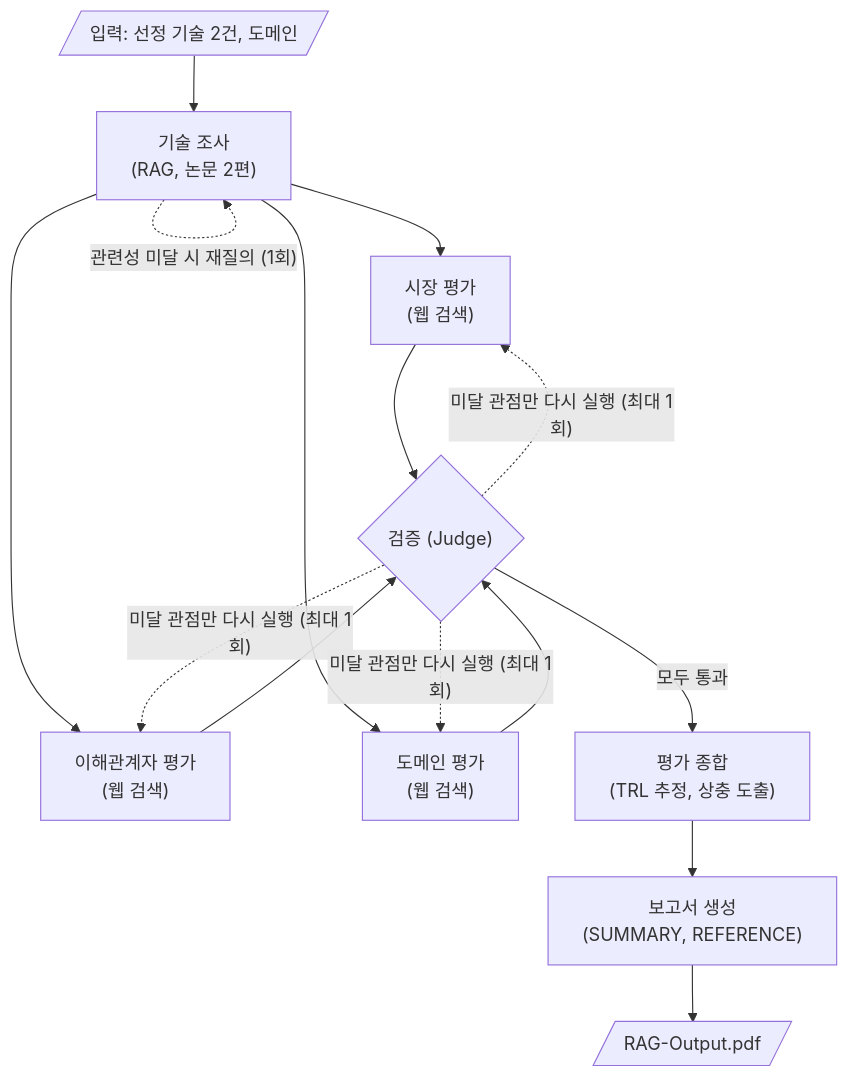
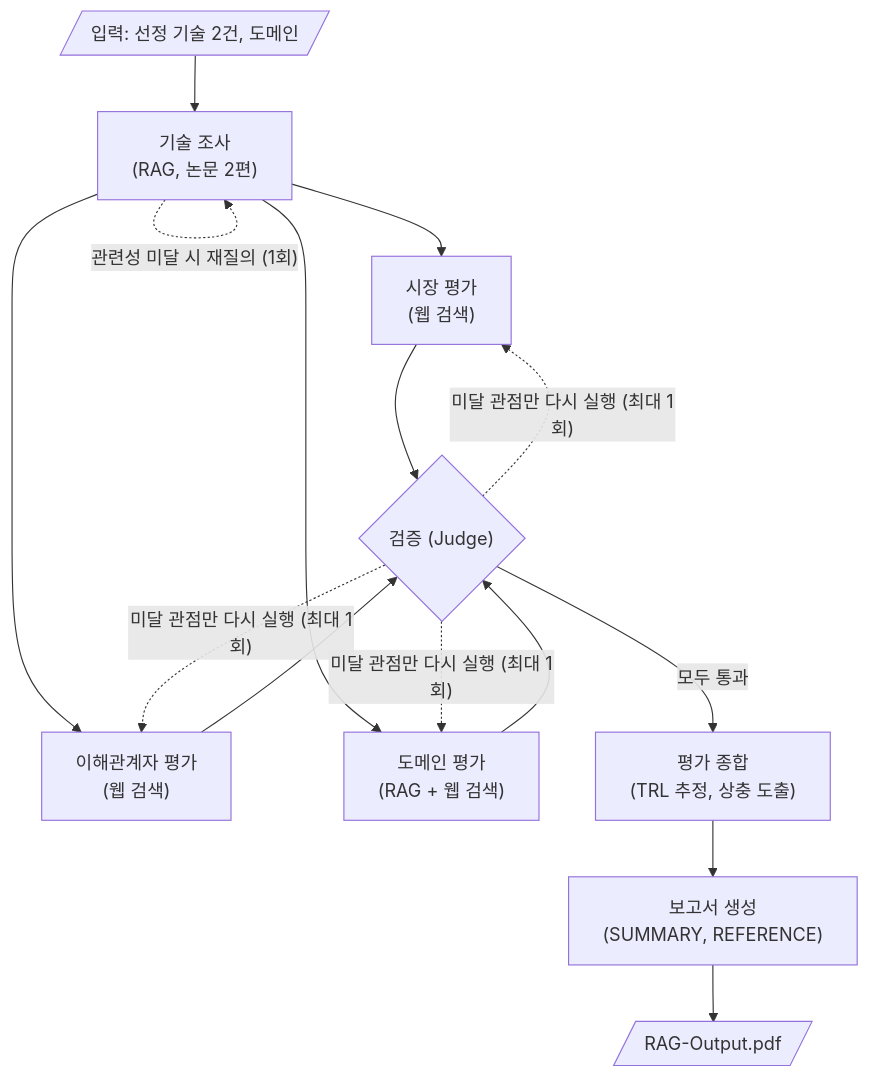
Before and after one commit to yurad12/skala-kv-prism: the diagram in README.md, drawn with Mermaid. The commit also changed other lines of this file, not shown here.

````diff
--- a/README.md
+++ b/README.md
@@ -79,25 +66,25 @@
 ```mermaid
 flowchart TD
     IN[/입력: 선정 기술 2건, 도메인/]
     TR["기술 조사<br>(RAG, 논문 2편)"]
     MK["시장 평가<br>(웹 검색)"]
     ST["이해관계자 평가<br>(웹 검색)"]
-    DM["도메인 평가<br>(웹 검색)"]
+    DM["도메인 평가<br>(RAG + 웹 검색)"]
     JG{"검증 (Judge)"}
     SY["평가 종합<br>(TRL 추정, 상충 도출)"]
     RP["보고서 생성<br>(SUMMARY, REFERENCE)"]
     OUT[/RAG-Output.pdf/]
 
     IN --> TR
     TR --> MK
     TR --> ST
     TR --> DM
     MK --> JG
     ST --> JG
     DM --> JG
     JG -- "모두 통과" --> SY
     JG -. "미달 관점만 다시 실행 (최대 1회)" .-> MK & ST & DM
     TR -. "관련성 미달 시 재질의 (1회)" .-> TR
     SY --> RP
     RP --> OUT
 ```
````
